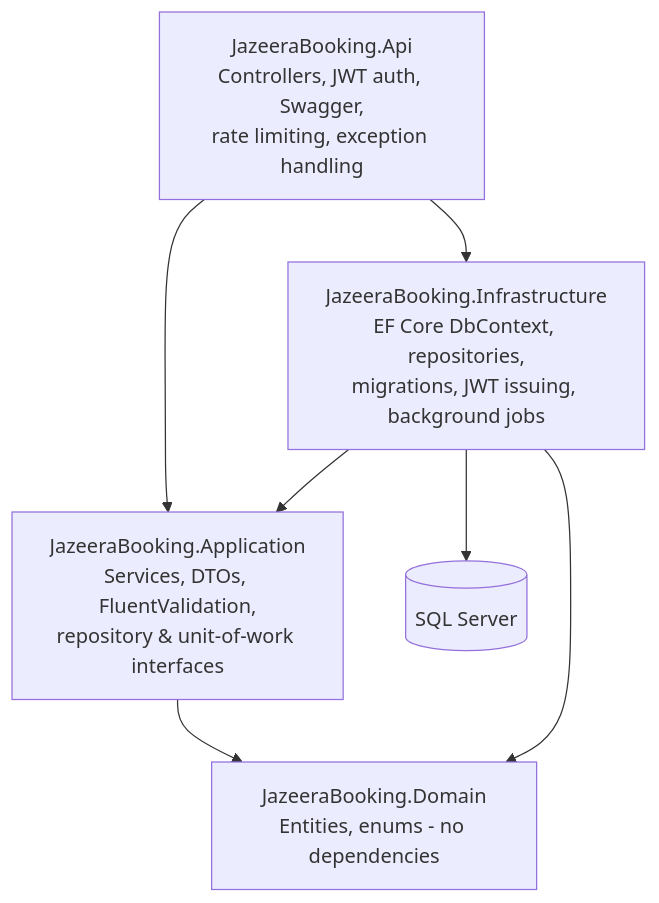
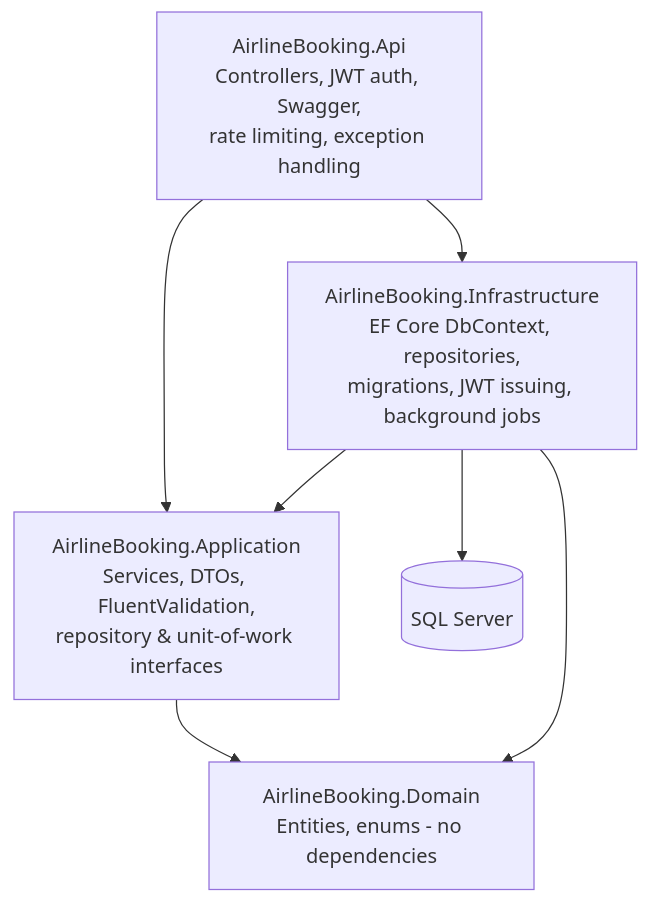
The diagram in README.md (Liquiduwu/AirlineBooking), drawn with Mermaid before and after one commit. The commit also changed other lines of this file and 247 other files, not shown here.

First line of the commit message:
rename project from Jazeera Booking to Airline Booking

````diff
--- a/README.md
+++ b/README.md
@@ -40,15 +38,15 @@
 ```mermaid
 graph TD
-    Api["JazeeraBooking.Api<br/>Controllers, JWT auth, Swagger,<br/>rate limiting, exception handling"]
-    App["JazeeraBooking.Application<br/>Services, DTOs, FluentValidation,<br/>repository &amp; unit-of-work interfaces"]
-    Infra["JazeeraBooking.Infrastructure<br/>EF Core DbContext, repositories,<br/>migrations, JWT issuing, background jobs"]
-    Domain["JazeeraBooking.Domain<br/>Entities, enums - no dependencies"]
+    Api["AirlineBooking.Api<br/>Controllers, JWT auth, Swagger,<br/>rate limiting, exception handling"]
+    App["AirlineBooking.Application<br/>Services, DTOs, FluentValidation,<br/>repository &amp; unit-of-work interfaces"]
+    Infra["AirlineBooking.Infrastructure<br/>EF Core DbContext, repositories,<br/>migrations, JWT issuing, background jobs"]
+    Domain["AirlineBooking.Domain<br/>Entities, enums - no dependencies"]
     DB[(SQL Server)]
 
     Api --> App
     Api --> Infra
     Infra --> App
     App --> Domain
     Infra --> Domain
     Infra --> DB
 ```
````
